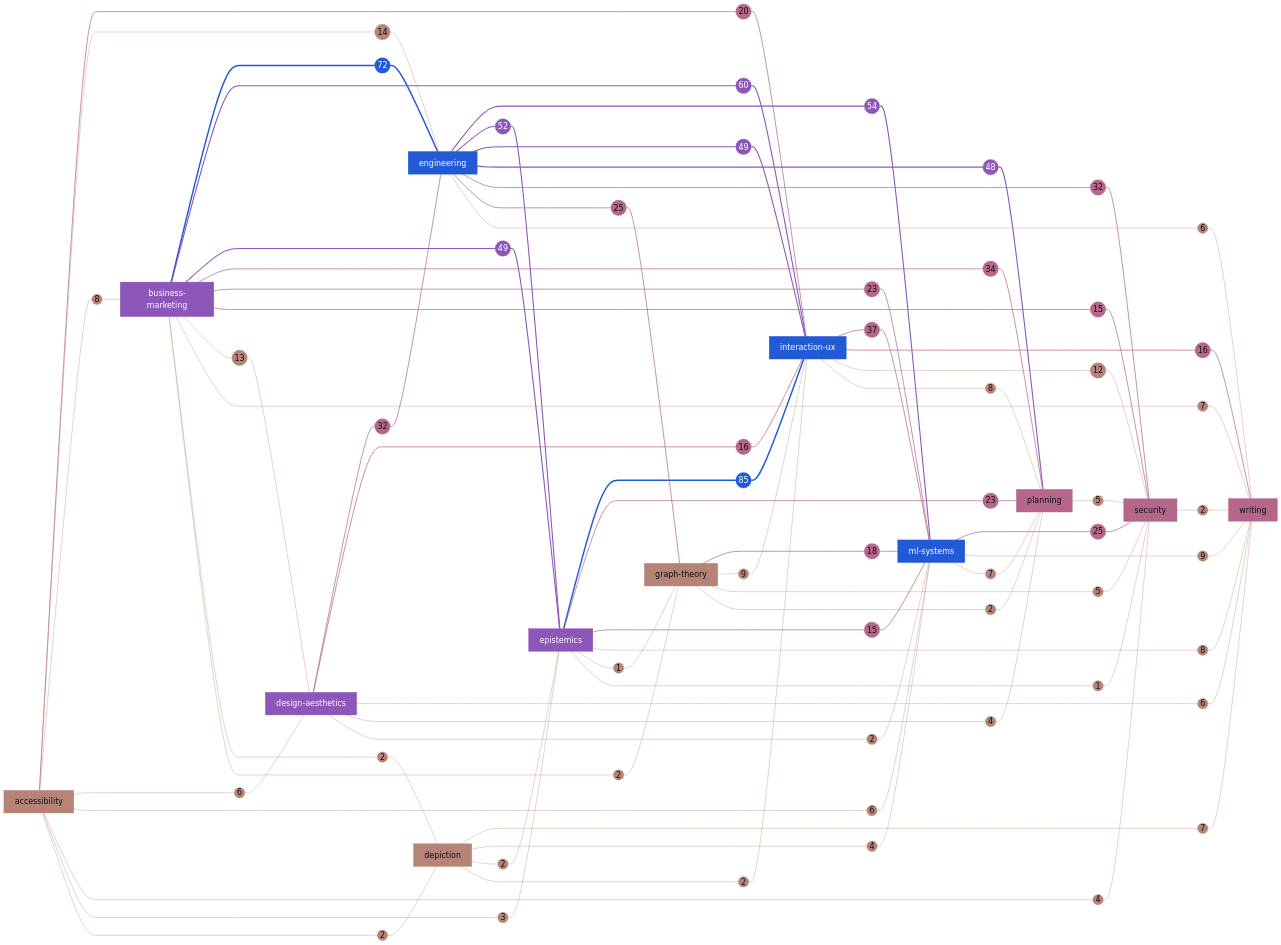
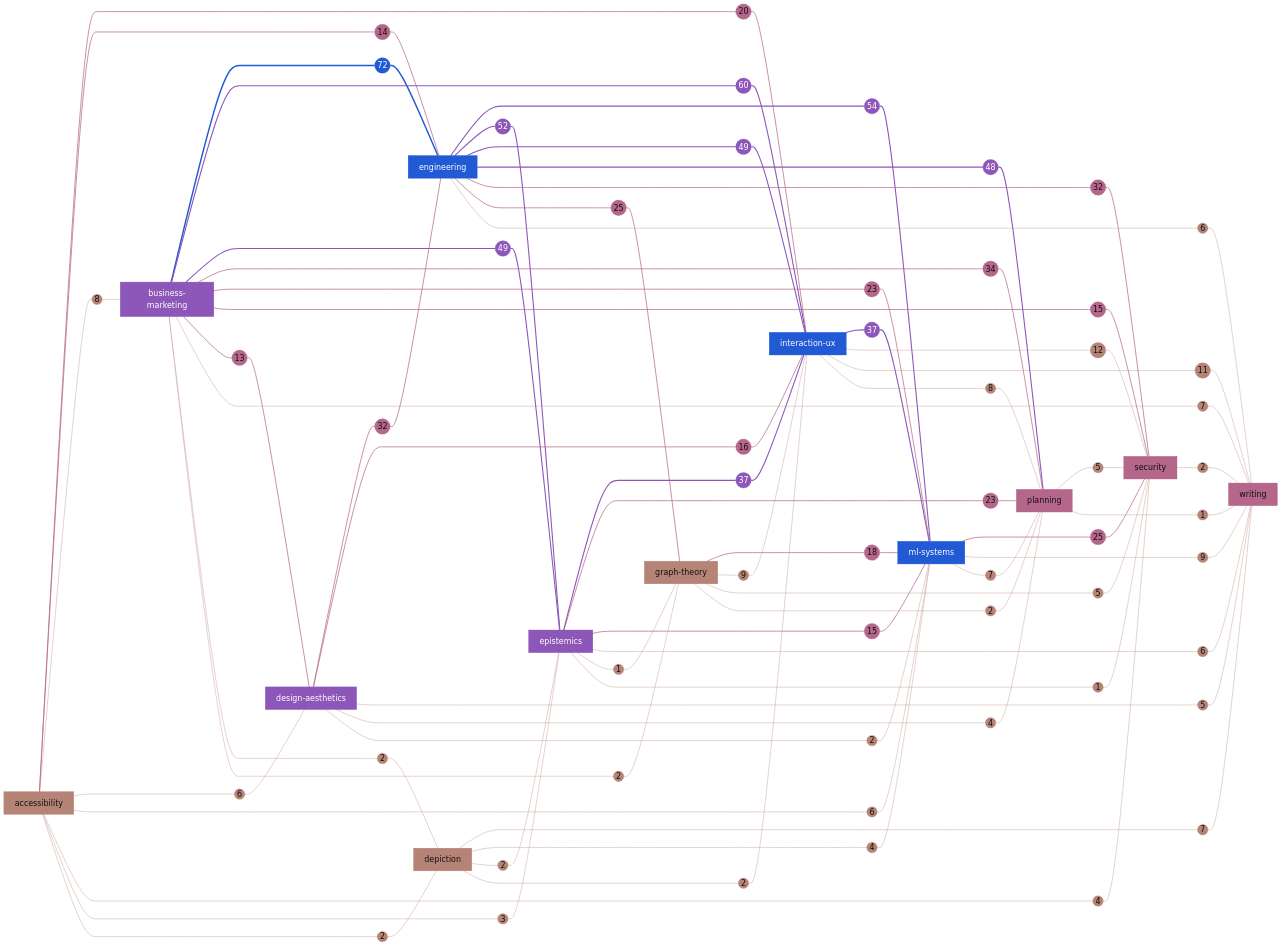
Before and after one commit to darce/heuristics-canon: the first of 2 diagrams in GRAPH.md, drawn with Mermaid. The commit also changed other lines of this file and 10 other files, not shown here.

````diff
--- a/GRAPH.md
+++ b/GRAPH.md
@@ -36,8 +36,6 @@
   planning["planning"]
   security["security"]
   writing["writing"]
-  epistemics --- W_epistemics__interaction_ux((85))
-  W_epistemics__interaction_ux --- interaction_ux
   business_marketing --- W_business_marketing__engineering((72))
   W_business_marketing__engineering --- engineering
   business_marketing --- W_business_marketing__interaction_ux((60))
@@ -52,6 +50,8 @@
   W_engineering__interaction_ux --- interaction_ux
   engineering --- W_engineering__planning((48))
   W_engineering__planning --- planning
+  epistemics --- W_epistemics__interaction_ux((37))
+  W_epistemics__interaction_ux --- interaction_ux
   interaction_ux --- W_interaction_ux__ml_systems((37))
   W_interaction_ux__ml_systems --- ml_systems
   business_marketing --- W_business_marketing__planning((34))
@@ -74,8 +74,6 @@
   W_graph_theory__ml_systems --- ml_systems
   design_aesthetics --- W_design_aesthetics__interaction_ux((16))
   W_design_aesthetics__interaction_ux --- interaction_ux
-  interaction_ux --- W_interaction_ux__writing((16))
-  W_interaction_ux__writing --- writing
   business_marketing --- W_business_marketing__security((15))
   W_business_marketing__security --- security
   epistemics --- W_epistemics__ml_systems((15))
@@ -86,14 +84,14 @@
   W_business_marketing__design_aesthetics --- design_aesthetics
   interaction_ux --- W_interaction_ux__security((12))
   W_interaction_ux__security --- security
+  interaction_ux --- W_interaction_ux__writing((11))
+  W_interaction_ux__writing --- writing
   graph_theory --- W_graph_theory__interaction_ux((9))
   W_graph_theory__interaction_ux --- interaction_ux
   ml_systems --- W_ml_systems__writing((9))
   W_ml_systems__writing --- writing
   accessibility --- W_accessibility__business_marketing((8))
   W_accessibility__business_marketing --- business_marketing
-  epistemics --- W_epistemics__writing((8))
-  W_epistemics__writing --- writing
   interaction_ux --- W_interaction_ux__planning((8))
   W_interaction_ux__planning --- planning
   business_marketing --- W_business_marketing__writing((7))
@@ -106,10 +104,12 @@
   W_accessibility__design_aesthetics --- design_aesthetics
   accessibility --- W_accessibility__ml_systems((6))
   W_accessibility__ml_systems --- ml_systems
-  design_aesthetics --- W_design_aesthetics__writing((6))
-  W_design_aesthetics__writing --- writing
   engineering --- W_engineering__writing((6))
   W_engineering__writing --- writing
+  epistemics --- W_epistemics__writing((6))
+  W_epistemics__writing --- writing
+  design_aesthetics --- W_design_aesthetics__writing((5))
+  W_design_aesthetics__writing --- writing
   graph_theory --- W_graph_theory__security((5))
   W_graph_theory__security --- security
   planning --- W_planning__security((5))
@@ -142,16 +142,18 @@
   W_epistemics__graph_theory --- graph_theory
   epistemics --- W_epistemics__security((1))
   W_epistemics__security --- security
+  planning --- W_planning__writing((1))
+  W_planning__writing --- writing
   classDef seq_0 fill:#B68477,color:#111111,stroke:#B68477
   classDef seq_1 fill:#B4668B,color:#111111,stroke:#B4668B
   classDef seq_2 fill:#8D57BA,color:#FFFFFF,stroke:#8D57BA
   classDef seq_3 fill:#225AD6,color:#FFFFFF,stroke:#225AD6
-  class accessibility,depiction,graph_theory,W_accessibility__engineering,W_business_marketing__design_aesthetics,W_interaction_ux__security,W_graph_theory__interaction_ux,W_ml_systems__writing,W_accessibility__business_marketing,W_epistemics__writing,W_interaction_ux__planning,W_business_marketing__writing,W_depiction__writing,W_ml_systems__planning,W_accessibility__design_aesthetics,W_accessibility__ml_systems,W_design_aesthetics__writing,W_engineering__writing,W_graph_theory__security,W_planning__security,W_accessibility__security,W_depiction__ml_systems,W_design_aesthetics__planning,W_accessibility__epistemics,W_accessibility__depiction,W_business_marketing__depiction,W_business_marketing__graph_theory,W_depiction__epistemics,W_depiction__interaction_ux,W_design_aesthetics__ml_systems,W_graph_theory__planning,W_security__writing,W_epistemics__graph_theory,W_epistemics__security seq_0
-  class planning,security,writing,W_interaction_ux__ml_systems,W_business_marketing__planning,W_design_aesthetics__engineering,W_engineering__security,W_engineering__graph_theory,W_ml_systems__security,W_business_marketing__ml_systems,W_epistemics__planning,W_accessibility__interaction_ux,W_graph_theory__ml_systems,W_design_aesthetics__interaction_ux,W_interaction_ux__writing,W_business_marketing__security,W_epistemics__ml_systems seq_1
-  class business_marketing,design_aesthetics,epistemics,W_business_marketing__interaction_ux,W_engineering__ml_systems,W_engineering__epistemics,W_business_marketing__epistemics,W_engineering__interaction_ux,W_engineering__planning seq_2
-  class engineering,interaction_ux,ml_systems,W_epistemics__interaction_ux,W_business_marketing__engineering seq_3
-  linkStyle 0,1,2,3 stroke:#225AD6,stroke-width:4px
-  linkStyle 4,5,6,7,8,9,10,11,12,13,14,15 stroke:#8D57BA,stroke-width:3px
-  linkStyle 16,17,18,19,20,21,22,23,24,25,26,27,28,29,30,31,32,33,34,35,36,37,38,39,40,41,42,43 stroke:#B4668B,stroke-width:2px
-  linkStyle 44,45,46,47,48,49,50,51,52,53,54,55,56,57,58,59,60,61,62,63,64,65,66,67,68,69,70,71,72,73,74,75,76,77,78,79,80,81,82,83,84,85,86,87,88,89,90,91,92,93,94,95,96,97,98,99,100,101,102,103,104,105 stroke:#B68477,stroke-width:1px
+  class accessibility,depiction,graph_theory,W_interaction_ux__security,W_interaction_ux__writing,W_graph_theory__interaction_ux,W_ml_systems__writing,W_accessibility__business_marketing,W_interaction_ux__planning,W_business_marketing__writing,W_depiction__writing,W_ml_systems__planning,W_accessibility__design_aesthetics,W_accessibility__ml_systems,W_engineering__writing,W_epistemics__writing,W_design_aesthetics__writing,W_graph_theory__security,W_planning__security,W_accessibility__security,W_depiction__ml_systems,W_design_aesthetics__planning,W_accessibility__epistemics,W_accessibility__depiction,W_business_marketing__depiction,W_business_marketing__graph_theory,W_depiction__epistemics,W_depiction__interaction_ux,W_design_aesthetics__ml_systems,W_graph_theory__planning,W_security__writing,W_epistemics__graph_theory,W_epistemics__security,W_planning__writing seq_0
+  class planning,security,writing,W_business_marketing__planning,W_design_aesthetics__engineering,W_engineering__security,W_engineering__graph_theory,W_ml_systems__security,W_business_marketing__ml_systems,W_epistemics__planning,W_accessibility__interaction_ux,W_graph_theory__ml_systems,W_design_aesthetics__interaction_ux,W_business_marketing__security,W_epistemics__ml_systems,W_accessibility__engineering,W_business_marketing__design_aesthetics seq_1
+  class business_marketing,design_aesthetics,epistemics,W_business_marketing__interaction_ux,W_engineering__ml_systems,W_engineering__epistemics,W_business_marketing__epistemics,W_engineering__interaction_ux,W_engineering__planning,W_epistemics__interaction_ux,W_interaction_ux__ml_systems seq_2
+  class engineering,interaction_ux,ml_systems,W_business_marketing__engineering seq_3
+  linkStyle 0,1 stroke:#225AD6,stroke-width:4px
+  linkStyle 2,3,4,5,6,7,8,9,10,11,12,13,14,15,16,17 stroke:#8D57BA,stroke-width:3px
+  linkStyle 18,19,20,21,22,23,24,25,26,27,28,29,30,31,32,33,34,35,36,37,38,39,40,41,42,43,44,45 stroke:#B4668B,stroke-width:2px
+  linkStyle 46,47,48,49,50,51,52,53,54,55,56,57,58,59,60,61,62,63,64,65,66,67,68,69,70,71,72,73,74,75,76,77,78,79,80,81,82,83,84,85,86,87,88,89,90,91,92,93,94,95,96,97,98,99,100,101,102,103,104,105,106,107 stroke:#B68477,stroke-width:1px
 ```
````
